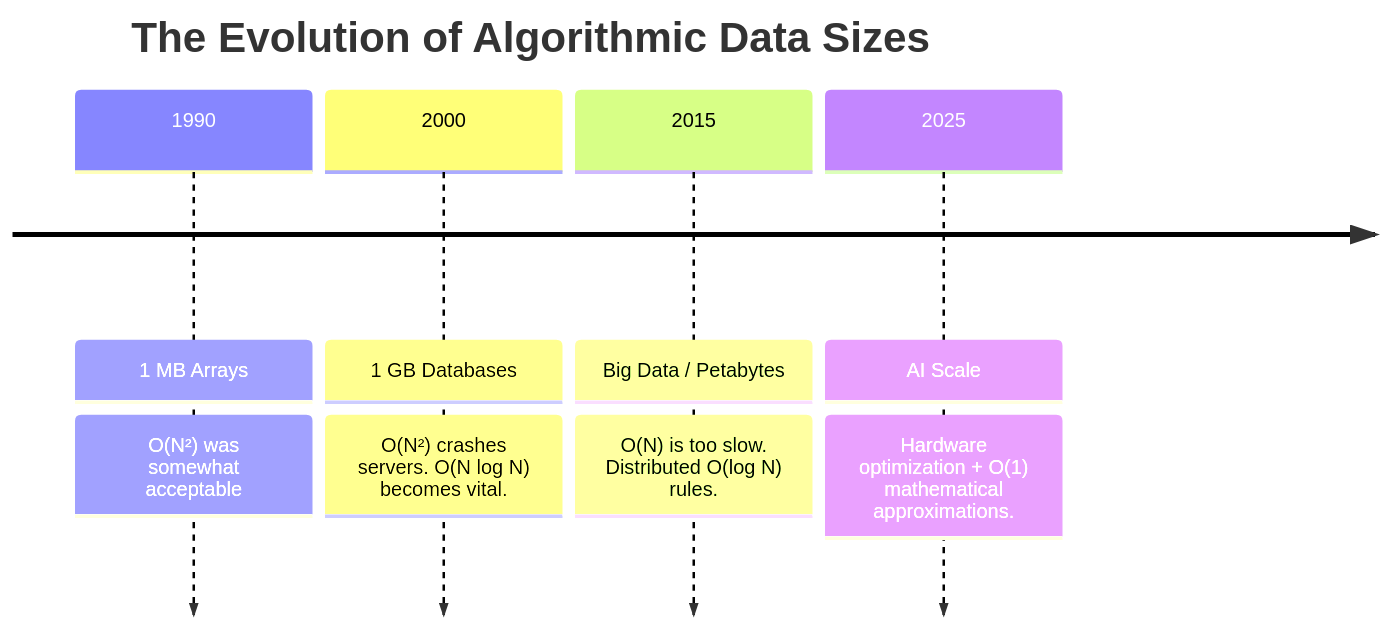
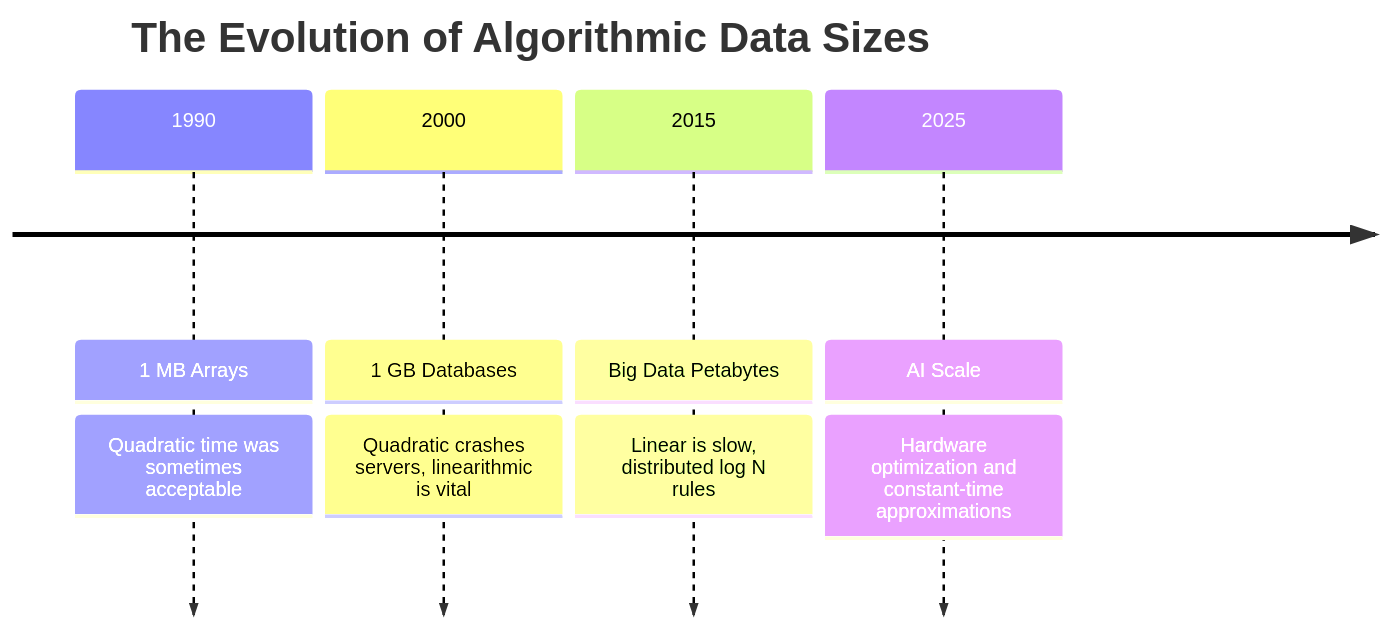
One commit to hagaramr2005/DSA-From-Scratch changed the ninth of 9 diagrams in 01-Algorithm-Analysis/01- Big O notation.md. Above: the diagram before and after it, drawn with Mermaid. The commit also changed other lines of this file, not shown here.

Commit message:
Refine Big O notation explanations and formatting

````diff
--- a/01-Algorithm-Analysis/01- Big O notation.md
+++ b/01-Algorithm-Analysis/01- Big O notation.md
@@ -694,8 +705,8 @@
 ```mermaid
 timeline
     title The Evolution of Algorithmic Data Sizes
-    1990 : 1 MB Arrays : O(N²) was somewhat acceptable
-    2000 : 1 GB Databases : O(N²) crashes servers. O(N log N) becomes vital.
-    2015 : Big Data / Petabytes : O(N) is too slow. Distributed O(log N) rules.
-    2025 : AI Scale : Hardware optimization + O(1) mathematical approximations.
+    1990 : 1 MB Arrays : Quadratic time was sometimes acceptable
+    2000 : 1 GB Databases : Quadratic crashes servers, linearithmic is vital
+    2015 : Big Data Petabytes : Linear is slow, distributed log N rules
+    2025 : AI Scale : Hardware optimization and constant-time approximations
 ```
````
